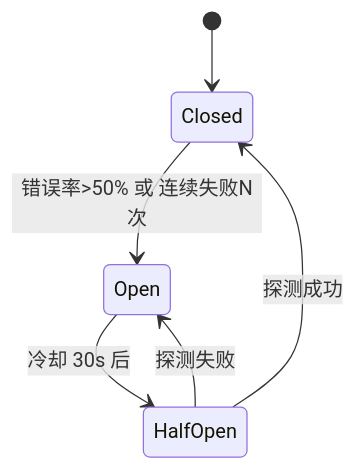
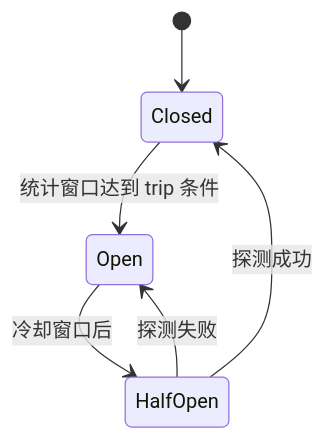
One commit to twodog-tt/Golang-development-manual changed the first of 2 diagrams in docs/interview/03-system-design/S-ARCH-09-circuit-breaker.md. Above: the diagram before and after it, drawn with Mermaid. The commit also changed other lines of this file and 49 other files, not shown here.

````diff
--- a/docs/interview/03-system-design/S-ARCH-09-circuit-breaker.md
+++ b/docs/interview/03-system-design/S-ARCH-09-circuit-breaker.md
@@ -30,8 +53,8 @@
 ```mermaid
 stateDiagram-v2
   [*] --> Closed
-  Closed --> Open: 错误率>50% 或 连续失败N次
-  Open --> HalfOpen: 冷却 30s 后
+  Closed --> Open: 统计窗口达到 trip 条件
+  Open --> HalfOpen: 冷却窗口后
   HalfOpen --> Closed: 探测成功
   HalfOpen --> Open: 探测失败
 ```
````
